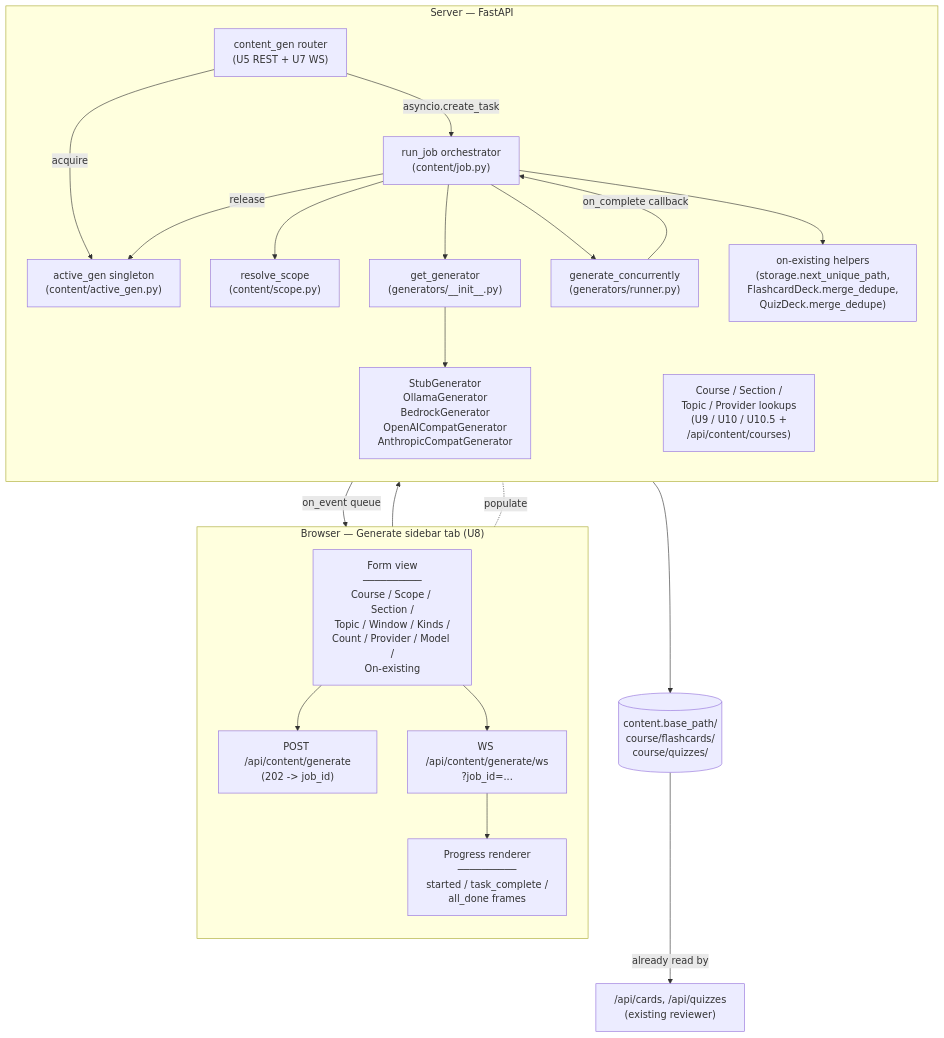
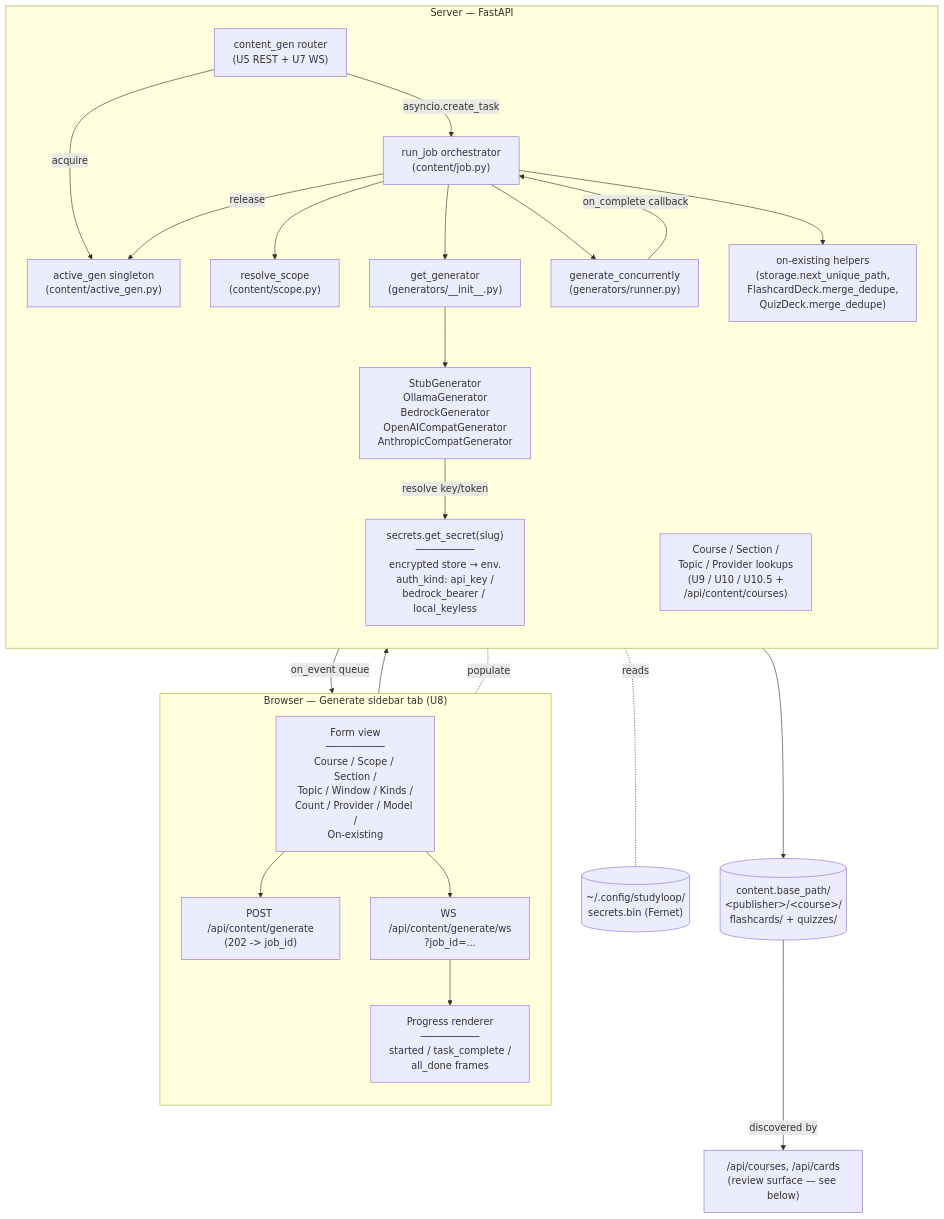
The fifth of 7 diagrams in docs/architecture/current.md (NetDevAutomate/StudyLoop), drawn with Mermaid before and after one commit. The commit also changed other lines of this file and 3 other files, not shown here.

````diff
--- a/docs/architecture/current.md
+++ b/docs/architecture/current.md
@@ -239,46 +239,50 @@
 ```mermaid
 flowchart TB
     subgraph Browser["Browser — Generate sidebar tab (U8)"]
       direction TB
       Form["Form view<br/>──────────<br/>Course / Scope / Section /<br/>Topic / Window / Kinds /<br/>Count / Provider / Model /<br/>On-existing"]
       RestCall["POST /api/content/generate<br/>(202 -> job_id)"]
       WsOpen["WS /api/content/generate/ws<br/>?job_id=..."]
       ProgressUI["Progress renderer<br/>──────────<br/>started / task_complete /<br/>all_done frames"]
     end
 
     subgraph Backend["Server — FastAPI"]
       direction TB
       Routes["content_gen router<br/>(U5 REST + U7 WS)"]
       Discover["Course / Section /<br/>Topic / Provider lookups<br/>(U9 / U10 / U10.5 +<br/>/api/content/courses)"]
       Single["active_gen singleton<br/>(content/active_gen.py)"]
       Job["run_job orchestrator<br/>(content/job.py)"]
       Scope["resolve_scope<br/>(content/scope.py)"]
       Runner["generate_concurrently<br/>(generators/runner.py)"]
       Factory["get_generator<br/>(generators/__init__.py)"]
       Adapters["StubGenerator<br/>OllamaGenerator<br/>BedrockGenerator<br/>OpenAICompatGenerator<br/>AnthropicCompatGenerator"]
+      Secrets["secrets.get_secret(slug)<br/>──────────<br/>encrypted store → env.<br/>auth_kind: api_key /<br/>bedrock_bearer / local_keyless"]
       Helpers["on-existing helpers<br/>(storage.next_unique_path,<br/>FlashcardDeck.merge_dedupe,<br/>QuizDeck.merge_dedupe)"]
     end
 
-    Disk[("content.base_path/<br/>course/flashcards/<br/>course/quizzes/")]
-    Reviewer["/api/cards, /api/quizzes<br/>(existing reviewer)"]
+    Store[("~/.config/studyloop/<br/>secrets.bin (Fernet)")]
+    Disk[("content.base_path/<br/>&lt;publisher&gt;/&lt;course&gt;/<br/>flashcards/ + quizzes/")]
+    Reviewer["/api/courses, /api/cards<br/>(review surface — see below)"]
 
     Form --> RestCall --> Routes
     Form --> WsOpen
     Routes -->|acquire| Single
     Routes -->|"asyncio.create_task"| Job
     Routes -->|on_event queue| WsOpen
     WsOpen --> ProgressUI
 
     Form -.populate.- Discover
 
     Job --> Scope
     Job --> Factory
     Factory --> Adapters
+    Adapters -->|"resolve key/token"| Secrets
+    Secrets -.reads.- Store
     Job --> Runner
     Runner -->|"on_complete callback"| Job
     Job --> Helpers
     Helpers --> Disk
     Job -->|release| Single
 
-    Disk -->|already read by| Reviewer
+    Disk -->|discovered by| Reviewer
 ```
````
